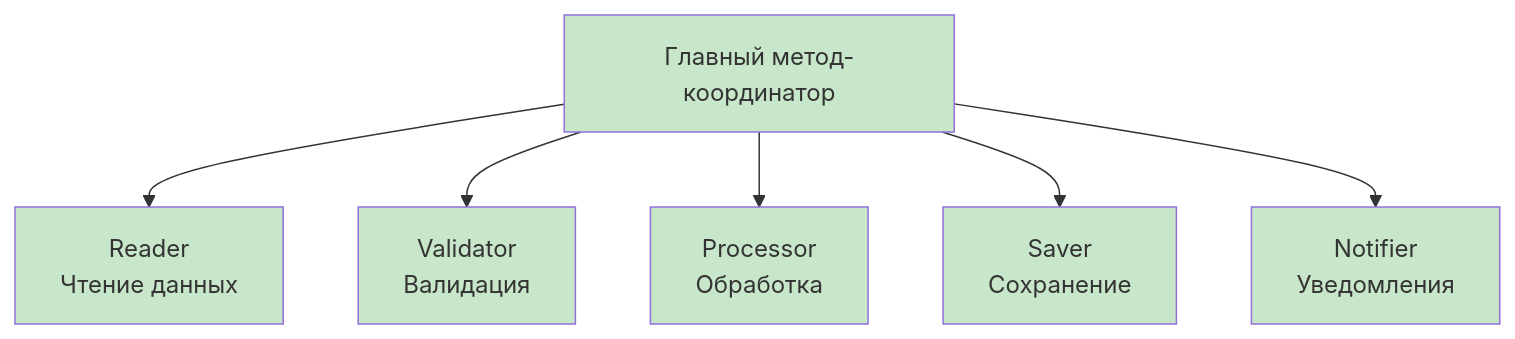
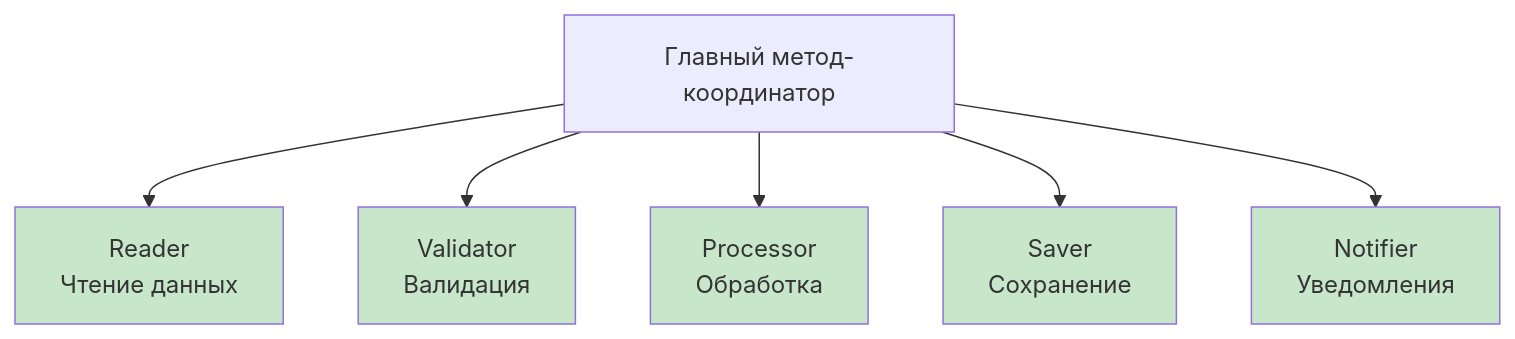
One commit to Erofivan/ITMO-Lecture-Notes changed the third of 18 diagrams in Oop/4_solid/notes.md. Above: the diagram before and after it, drawn with Mermaid. The commit also changed other lines of this file and 1 other file, not shown here.

````diff
--- a/Oop/4_solid/notes.md
+++ b/Oop/4_solid/notes.md
@@ -126,16 +107,15 @@
 ```mermaid
 graph TD
     A[Главный метод-координатор]
     A --> B[Reader<br/>Чтение данных]
     A --> C[Validator<br/>Валидация]
     A --> D[Processor<br/>Обработка]
     A --> E[Saver<br/>Сохранение]
     A --> F[Notifier<br/>Уведомления]
     
-    style A fill:#c8e6c9
     style B fill:#c8e6c9
     style C fill:#c8e6c9
     style D fill:#c8e6c9
     style E fill:#c8e6c9
     style F fill:#c8e6c9
 ```
````
